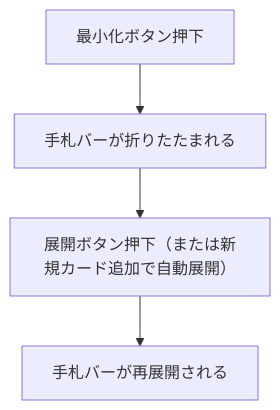
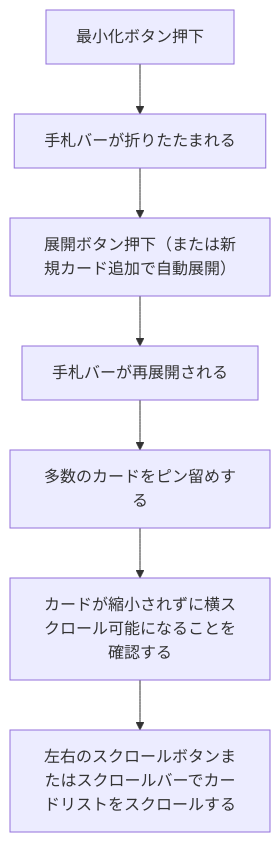
Diagram 23 of 35 in memory-bank/userJourneys.md (tmaeda11235/style-atelier), drawn with Mermaid before and after one commit. The commit also changed other lines of this file and 5 other files, not shown here.

````diff
--- a/memory-bank/userJourneys.md
+++ b/memory-bank/userJourneys.md
@@ -389,10 +392,16 @@
 ```mermaid
 flowchart TD
   S1["最小化ボタン押下"]
   S2["手札バーが折りたたまれる"]
   S1 --> S2
   S3["展開ボタン押下（または新規カード追加で自動展開）"]
   S2 --> S3
   S4["手札バーが再展開される"]
   S3 --> S4
+  S5["多数のカードをピン留めする"]
+  S4 --> S5
+  S6["カードが縮小されずに横スクロール可能になることを確認する"]
+  S5 --> S6
+  S7["左右のスクロールボタンまたはスクロールバーでカードリストをスクロールする"]
+  S6 --> S7
 ```
````
